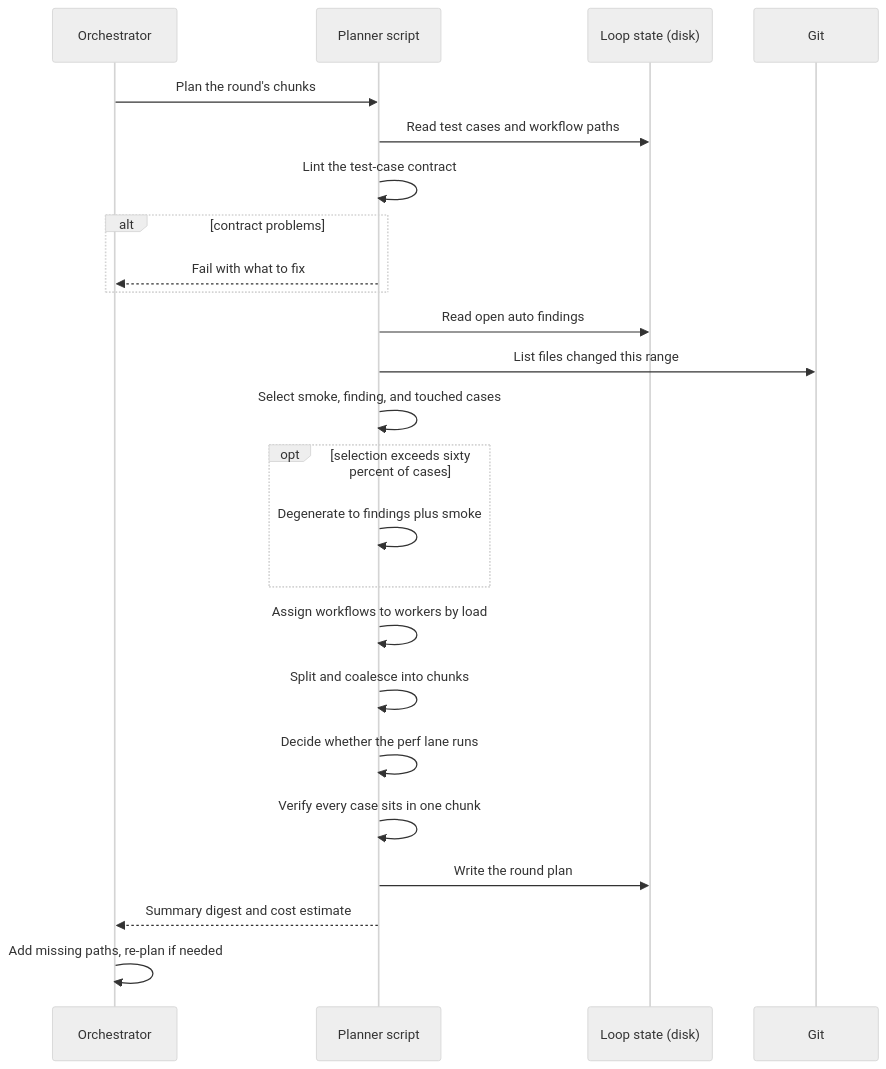
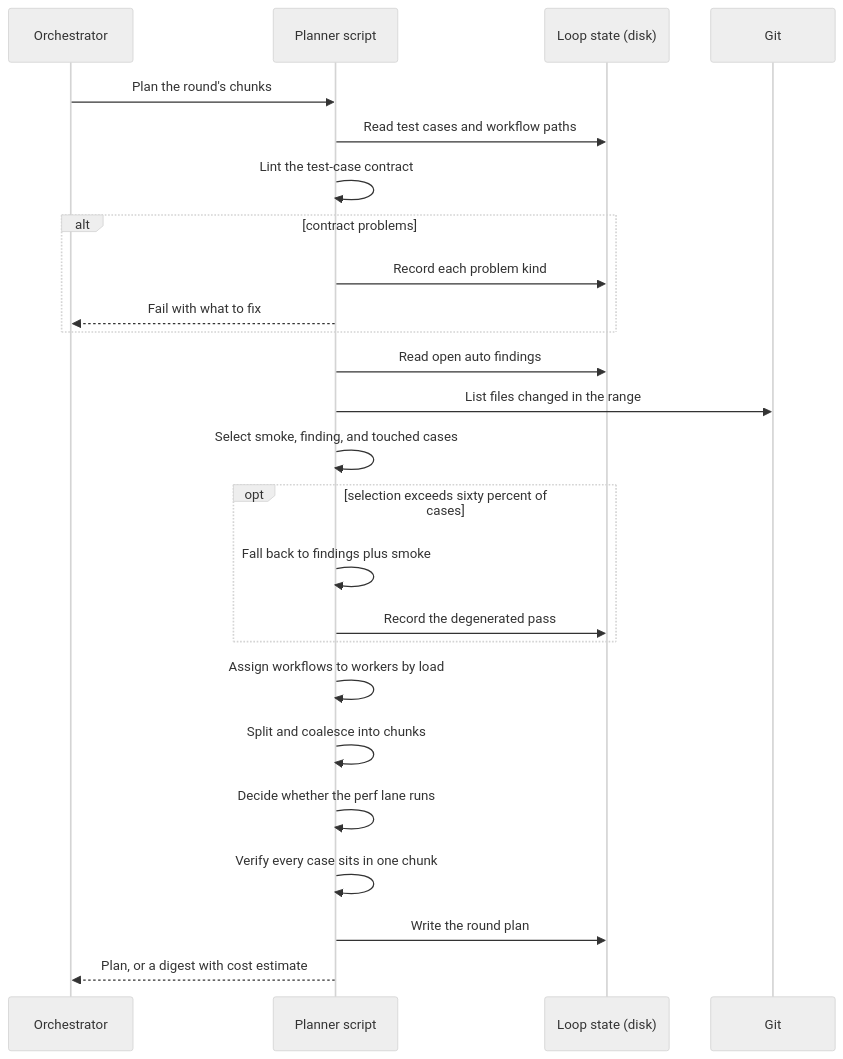
Diagram 12 of 33 in docs/architecture/qa-loop-tools.md (peterlit/quiller-claude-plugins), drawn with Mermaid (neutral theme) before and after one commit. The commit also changed other lines of this file and 5 other files, not shown here.

````diff
--- a/docs/architecture/qa-loop-tools.md
+++ b/docs/architecture/qa-loop-tools.md
@@ -368,26 +614,27 @@
 ```mermaid
 sequenceDiagram
     participant O as Orchestrator
     participant P as Planner script
     participant L as Loop state (disk)
     participant G as Git
     O->>P: Plan the round's chunks
     P->>L: Read test cases and workflow paths
     P->>P: Lint the test-case contract
     alt contract problems
+        P->>L: Record each problem kind
         P-->>O: Fail with what to fix
     end
     P->>L: Read open auto findings
-    P->>G: List files changed this range
+    P->>G: List files changed in the range
     P->>P: Select smoke, finding, and touched cases
     opt selection exceeds sixty percent of cases
-        P->>P: Degenerate to findings plus smoke
+        P->>P: Fall back to findings plus smoke
+        P->>L: Record the degenerated pass
     end
     P->>P: Assign workflows to workers by load
     P->>P: Split and coalesce into chunks
     P->>P: Decide whether the perf lane runs
     P->>P: Verify every case sits in one chunk
     P->>L: Write the round plan
-    P-->>O: Summary digest and cost estimate
-    O->>O: Add missing paths, re-plan if needed
+    P-->>O: Plan, or a digest with cost estimate
 ```
````
